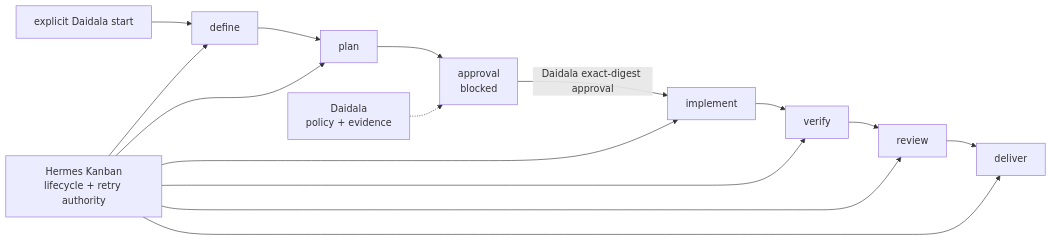
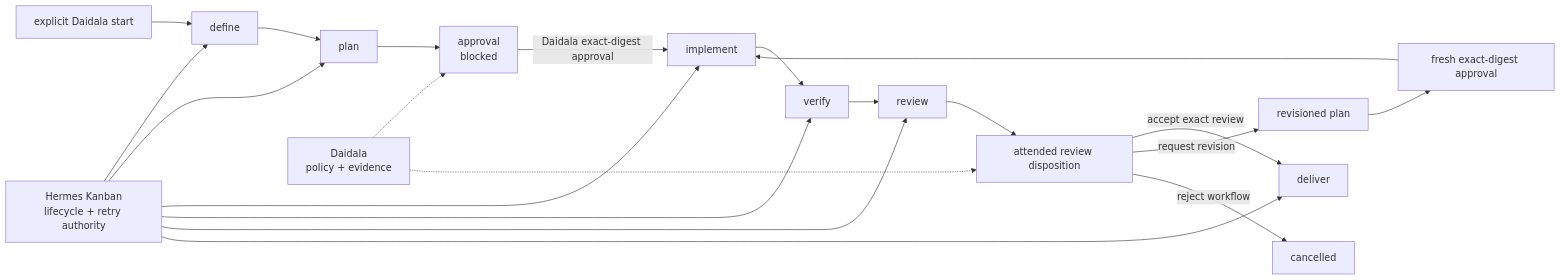
One commit to forgegod/daidala changed the diagram in docs/README.md. Above: the diagram before and after it, drawn with Mermaid. The commit also changed other lines of this file and 19 other files, not shown here.

First line of the commit message:
docs(review): document attended revision workflow

````diff
--- a/docs/README.md
+++ b/docs/README.md
@@ -40,18 +40,24 @@
 ```mermaid
 flowchart LR
     S["explicit Daidala start"] --> D["define"]
     D --> P["plan"]
     P --> G["approval<br>blocked"]
     G -->|"Daidala exact-digest approval"| I["implement"]
     I --> V["verify"]
     V --> R["review"]
-    R --> DL["deliver"]
+    R --> HD["attended review disposition"]
+    HD -->|"accept exact review"| DL["deliver"]
+    HD -->|"request revision"| PN["revisioned plan"]
+    PN --> GN["fresh exact-digest approval"]
+    GN --> I
+    HD -->|"reject workflow"| X["cancelled"]
 
     H["Hermes Kanban<br>lifecycle + retry authority"] --> D
     H --> P
     H --> I
     H --> V
     H --> R
     H --> DL
     W["Daidala<br>policy + evidence"] -.-> G
+    W -.-> HD
 ```
````
